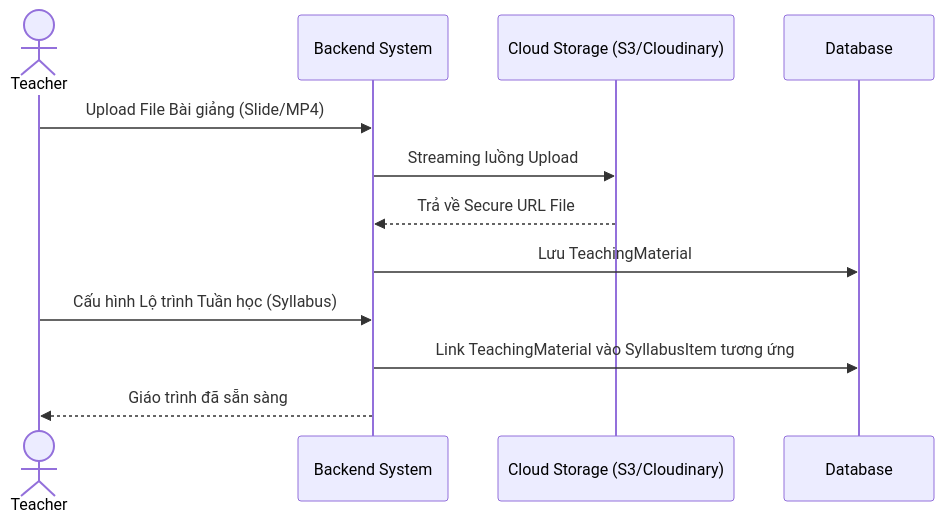
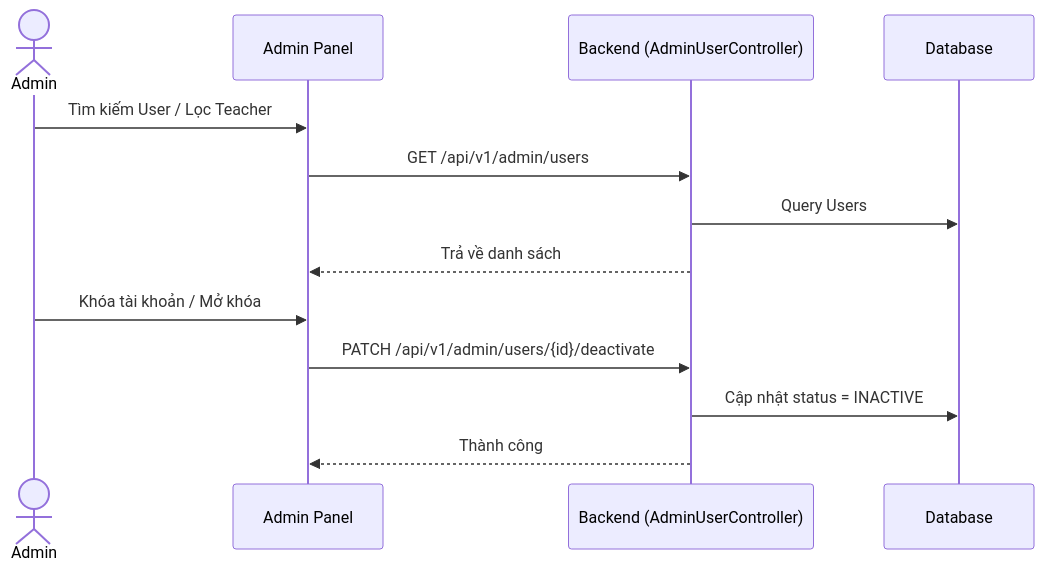
One commit to Son-COC-145/english-ed-backend changed the third of 3 diagrams in docs/module_4/flow.md. Above: the diagram before and after it, drawn with Mermaid. The commit also changed other lines of this file and 2 other files, not shown here.

````diff
--- a/docs/module_4/flow.md
+++ b/docs/module_4/flow.md
@@ -37,16 +107,17 @@
 ```mermaid
 sequenceDiagram
-    actor Teacher
-    participant BE as Backend System
-    participant Cloud as Cloud Storage (S3/Cloudinary)
+    actor Admin
+    participant App as Admin Panel
+    participant BE as Backend (AdminUserController)
     participant DB as Database
 
-    Teacher->>BE: Upload File Bài giảng (Slide/MP4)
-    BE->>Cloud: Streaming luồng Upload
-    Cloud-->>BE: Trả về Secure URL File
-    BE->>DB: Lưu TeachingMaterial
+    Admin->>App: Tìm kiếm User / Lọc Teacher
+    App->>BE: GET /api/v1/admin/users
+    BE->>DB: Query Users
+    BE-->>App: Trả về danh sách
     
-    Teacher->>BE: Cấu hình Lộ trình Tuần học (Syllabus)
-    BE->>DB: Link TeachingMaterial vào SyllabusItem tương ứng
-    BE-->>Teacher: Giáo trình đã sẵn sàng
+    Admin->>App: Khóa tài khoản / Mở khóa
+    App->>BE: PATCH /api/v1/admin/users/{id}/deactivate
+    BE->>DB: Cập nhật status = INACTIVE
+    BE-->>App: Thành công
 ```
````
